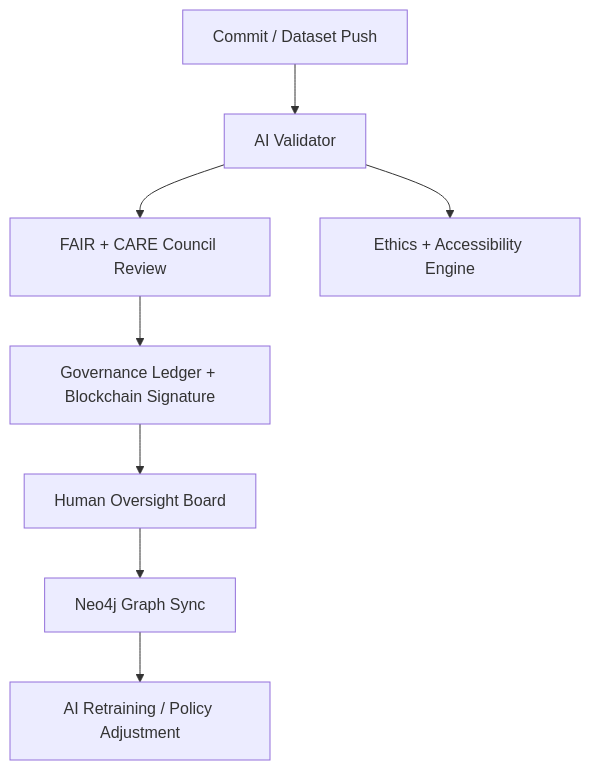
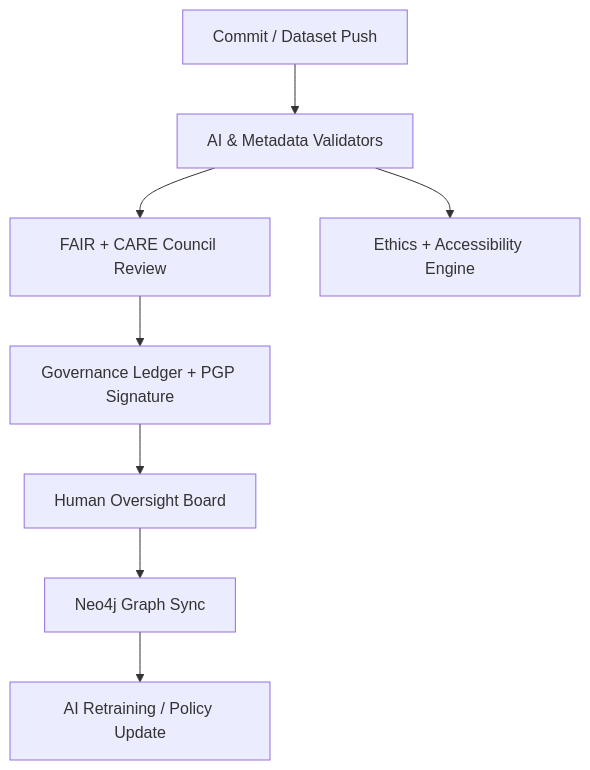
One commit to bartytime4life/Kansas-Frontier-Matrix changed the diagram in README.md. Above: the diagram before and after it, drawn with Mermaid. The commit also changed other lines of this file, not shown here.

````diff
--- a/README.md
+++ b/README.md
@@ -103,10 +146,10 @@
 ```mermaid
 graph TD
-A[Commit / Dataset Push]-->B[AI Validator]
+A[Commit / Dataset Push]-->B[AI & Metadata Validators]
 B-->C[FAIR + CARE Council Review]
 B-->D[Ethics + Accessibility Engine]
-C-->E[Governance Ledger + Blockchain Signature]
+C-->E[Governance Ledger + PGP Signature]
 E-->F[Human Oversight Board]
 F-->G[Neo4j Graph Sync]
-G-->H[AI Retraining / Policy Adjustment]
+G-->H[AI Retraining / Policy Update]
 ```
````
